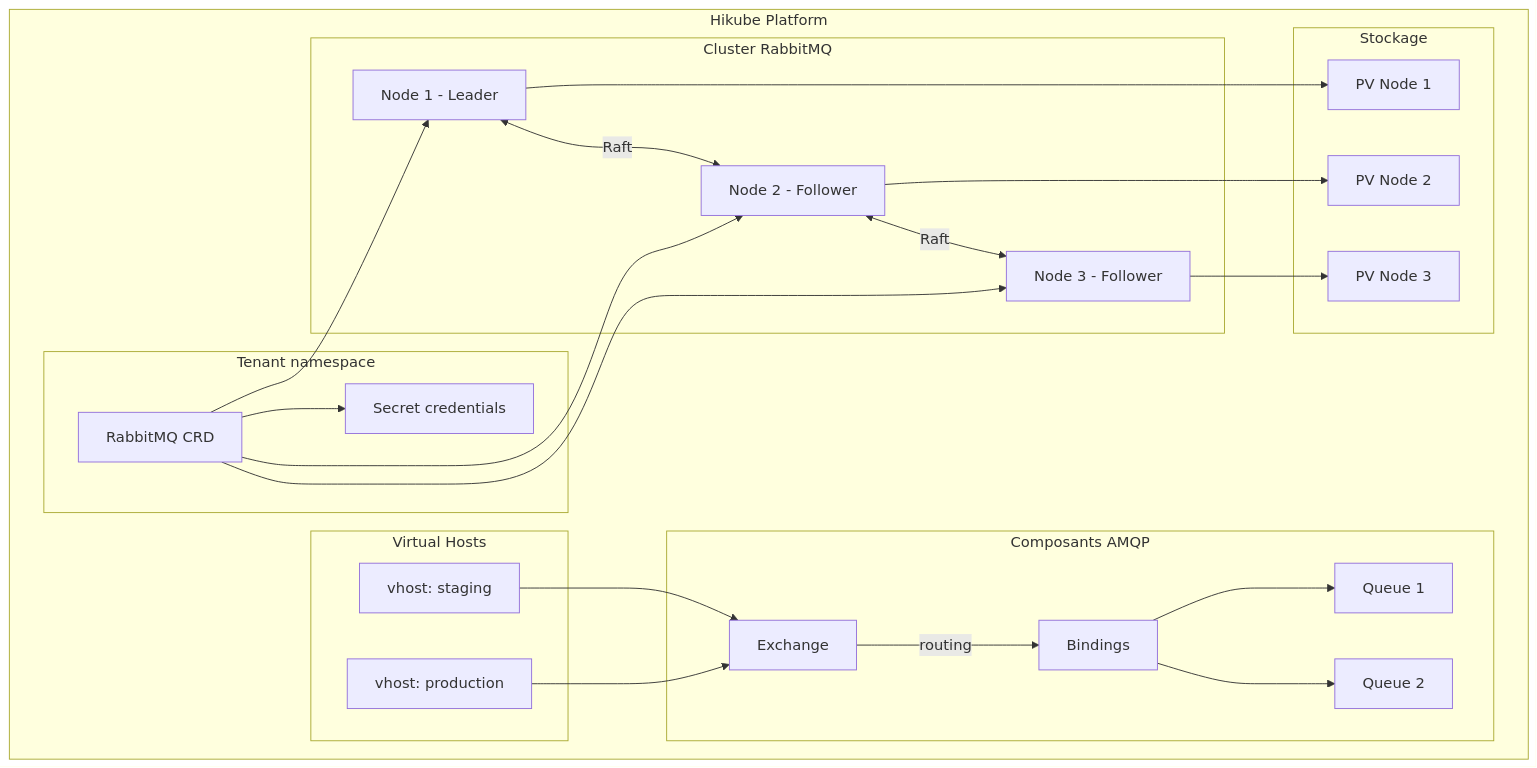
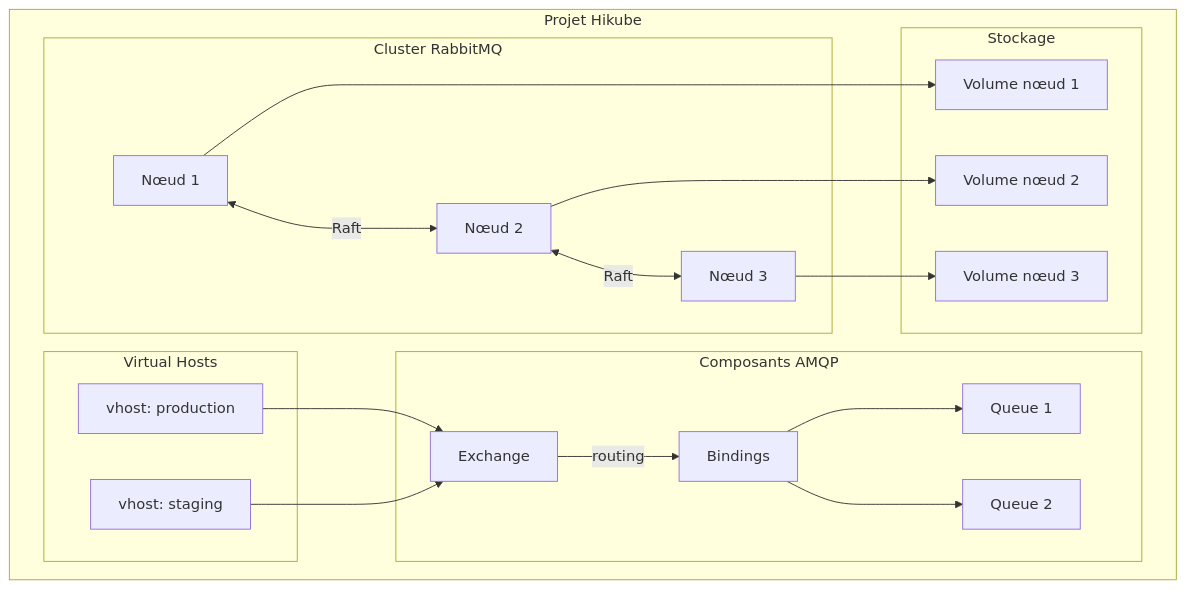
Before and after one commit to HidoraSwiss/hikube-public-doc: the first of 3 diagrams in docs/services/messaging/rabbitmq/concepts.md, drawn with Mermaid. The commit also changed other lines of this file and 25 other files, not shown here.

````diff
--- a/docs/services/messaging/rabbitmq/concepts.md
+++ b/docs/services/messaging/rabbitmq/concepts.md
@@ -12,48 +12,39 @@
 ```mermaid
 graph TB
-    subgraph "Hikube Platform"
-        subgraph "Tenant namespace"
-            CR[RabbitMQ CRD]
-            SEC[Secret credentials]
+    subgraph "Projet Hikube"
+        subgraph "Cluster RabbitMQ"
+            N1[Nœud 1]
+            N2[Nœud 2]
+            N3[Nœud 3]
         end
 
-        subgraph "Cluster RabbitMQ"
-            N1[Node 1 - Leader]
-            N2[Node 2 - Follower]
-            N3[Node 3 - Follower]
+        subgraph "Virtual Hosts"
+            VH1[vhost: production]
+            VH2[vhost: staging]
         end
 
         subgraph "Composants AMQP"
             EX[Exchange]
             Q1[Queue 1]
             Q2[Queue 2]
             B[Bindings]
         end
 
         subgraph "Stockage"
-            PV1[PV Node 1]
-            PV2[PV Node 2]
-            PV3[PV Node 3]
-        end
-
-        subgraph "Virtual Hosts"
-            VH1[vhost: production]
-            VH2[vhost: staging]
+            PV1[Volume nœud 1]
+            PV2[Volume nœud 2]
+            PV3[Volume nœud 3]
         end
     end
 
-    CR --> N1
-    CR --> N2
-    CR --> N3
     N1 <-->|Raft| N2
     N2 <-->|Raft| N3
     N1 --> PV1
     N2 --> PV2
     N3 --> PV3
+    VH1 --> EX
+    VH2 --> EX
     EX -->|routing| B
     B --> Q1
     B --> Q2
-    VH1 --> EX
-    VH2 --> EX
-    CR --> SEC
 ```
````
